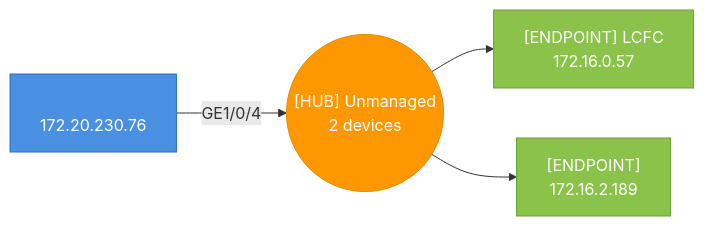
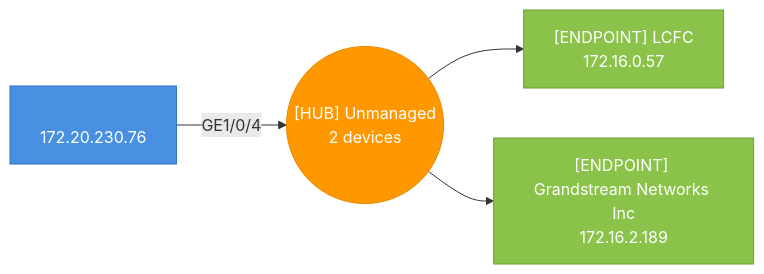
One commit to djamic/LLDP-Skanner-Go changed the seventh of 38 diagrams in testdata/golden/audit_default.md. Above: the diagram before and after it, drawn with Mermaid. The commit also changed other lines of this file and 11 other files, not shown here.

````diff
--- a/testdata/golden/audit_default.md
+++ b/testdata/golden/audit_default.md
@@ -1397,14 +1387,14 @@
 ```mermaid
 graph LR
   hub_4caea38decc1_p4(("[HUB] Unmanaged<br>2 devices"))
   4caea38decc1["<br>172.20.230.76"]
   4caea38decc1-- "GE1/0/4" -->hub_4caea38decc1_p4
   style 4caea38decc1 fill:#4A90E2,stroke:#2A6FC2,color:#fff
   902e169d3d37["[ENDPOINT] LCFC<br>172.16.0.57"]
   hub_4caea38decc1_p4-->902e169d3d37
   style 902e169d3d37 fill:#8BC34A,stroke:#6B9F30,color:#fff
-  ec74d764cb9f["[ENDPOINT]<br>172.16.2.189"]
+  ec74d764cb9f["[ENDPOINT] Grandstream Networks Inc<br>172.16.2.189"]
   hub_4caea38decc1_p4-->ec74d764cb9f
   style ec74d764cb9f fill:#8BC34A,stroke:#6B9F30,color:#fff
   style hub_4caea38decc1_p4 fill:#FF9800,stroke:#E68A00,color:#fff
 ```
````
